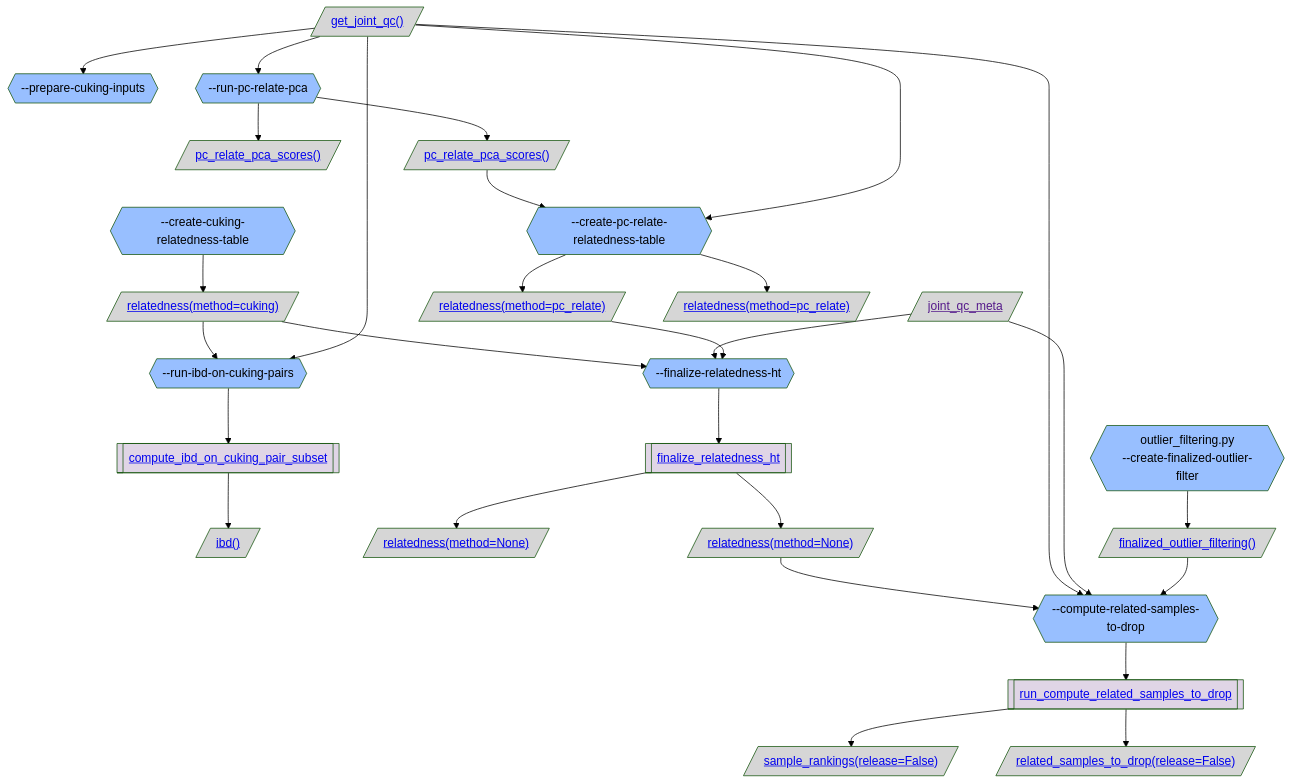
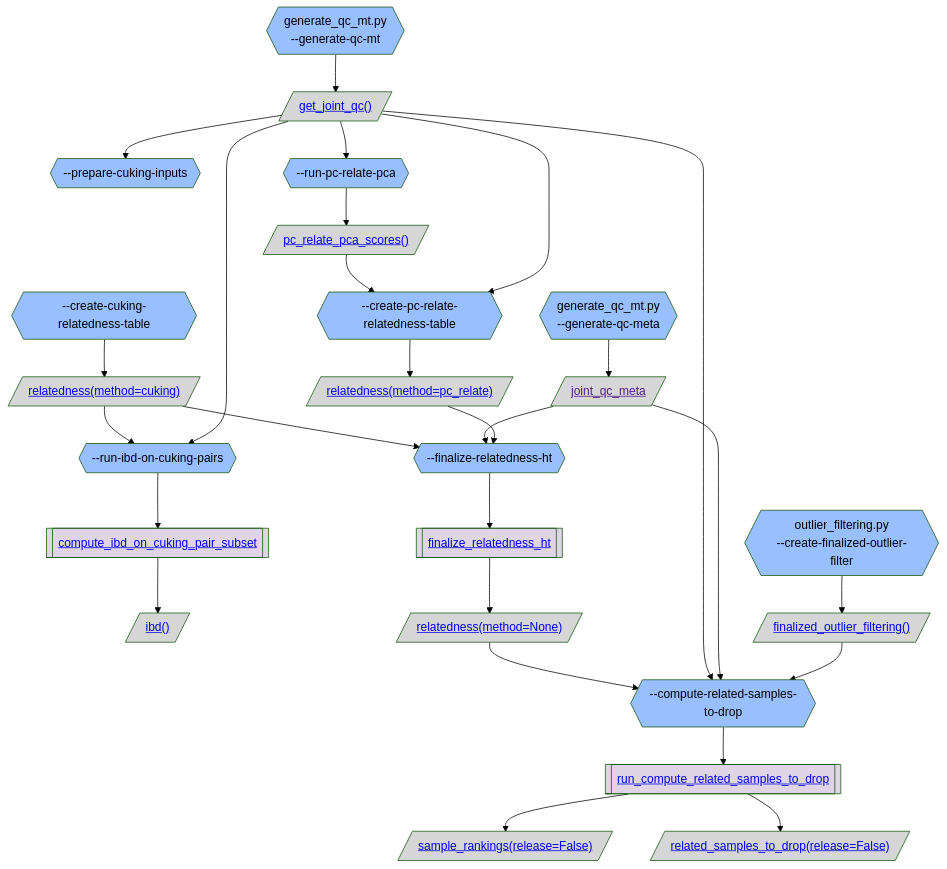
The eighth of 11 diagrams in gnomad_qc/v4/sample_qc/README.md (broadinstitute/gnomad_qc), drawn with Mermaid (forest theme) before and after one commit. The commit also changed other lines of this file and 13 other files, not shown here.

````diff
--- a/gnomad_qc/v4/sample_qc/README.md
+++ b/gnomad_qc/v4/sample_qc/README.md
@@ -158,63 +547,63 @@
 ```mermaid
 flowchart TB;
   classDef script_color fill:#2C5D4A,color:#000000
   classDef step_color fill:#98BFFF,color:#000000
   classDef func_color fill:#E0D5E6,color:#000000
   classDef gnomad_methods_color fill:#F9F2CE,color:#000000
   classDef hail_color fill:#FAEACE,color:#000000
   classDef resource_color fill:#D6D6D6,color:#000000
   classDef validity_check_color fill:#2C5D4A,color:#000000
 
-  resource_get_joint_qc_[/"<a href='https://github.com/broadinstitute/gnomad_qc/tree/main/gnomad_qc/v4/resources/sample_qc.py#L388'>get_joint_qc()</a>"/]:::resource_color;
+  step_generate_qc_mt{{"generate_qc_mt.py
+--generate-qc-mt"}}:::step_color;
+  resource_get_joint_qc[/"<a href='https://github.com/broadinstitute/gnomad_qc/tree/main/gnomad_qc/v4/resources/sample_qc.py#L477'>get_joint_qc()</a>"/]:::resource_color;
   step_prepare_cuking_inputs{{"--prepare-cuking-inputs"}}:::step_color;
   step_create_cuking_relatedness_table{{"--create-cuking-relatedness-table"}}:::step_color;
-  resource_relatedness_method_cuking[/"<a href='https://github.com/broadinstitute/gnomad_qc/tree/main/gnomad_qc/v4/resources/sample_qc.py#L473'>relatedness(method=cuking)</a>"/]:::resource_color;
+  resource_relatedness_method_cuking[/"<a href='https://github.com/broadinstitute/gnomad_qc/tree/main/gnomad_qc/v4/resources/sample_qc.py#L562'>relatedness(method=cuking)</a>"/]:::resource_color;
   step_run_ibd_on_cuking_pairs{{"--run-ibd-on-cuking-pairs"}}:::step_color;
   func_compute_ibd_on_cuking_pair_subset[["<a href='https://github.com/broadinstitute/gnomad_qc/tree/main/gnomad_qc/v4/sample_qc/relatedness.py#L93'>compute_ibd_on_cuking_pair_subset</a>"]]:::func_color;
-  ibd_[/"<a href='https://github.com/broadinstitute/gnomad_qc/tree/main/gnomad_qc/v4/resources/sample_qc.py#L503'>ibd()</a>"/]:::resource_color;
+  resource_ibd[/"<a href='https://github.com/broadinstitute/gnomad_qc/tree/main/gnomad_qc/v4/resources/sample_qc.py#L592'>ibd()</a>"/]:::resource_color;
   step_finalize_relatedness_ht{{"--finalize-relatedness-ht"}}:::step_color;
   func_finalize_relatedness_ht[["<a href='https://github.com/broadinstitute/gnomad_qc/tree/main/gnomad_qc/v4/sample_qc/relatedness.py#L175'>finalize_relatedness_ht</a>"]]:::func_color;
-  relatedness_method_None[/"<a href='https://github.com/broadinstitute/gnomad_qc/tree/main/gnomad_qc/v4/resources/sample_qc.py#L473'>relatedness(method=None)</a>"/]:::resource_color;
+  resource_relatedness_method_None[/"<a href='https://github.com/broadinstitute/gnomad_qc/tree/main/gnomad_qc/v4/resources/sample_qc.py#L562'>relatedness(method=None)</a>"/]:::resource_color;
+  step_generate_qc_meta{{"generate_qc_mt.py
+--generate-qc-meta"}}:::step_color;
   resource_joint_qc_meta[/"<a href=''>joint_qc_meta</a>"/]:::resource_color;
   step_create_pc_relate_relatedness_table{{"--create-pc-relate-relatedness-table"}}:::step_color;
-  resource_relatedness_method_pc_relate[/"<a href='https://github.com/broadinstitute/gnomad_qc/tree/main/gnomad_qc/v4/resources/sample_qc.py#L473'>relatedness(method=pc_relate)</a>"/]:::resource_color;
-  resource_relatedness_method_None[/"<a href='https://github.com/broadinstitute/gnomad_qc/tree/main/gnomad_qc/v4/resources/sample_qc.py#L473'>relatedness(method=None)</a>"/]:::resource_color;
+  resource_relatedness_method_pc_relate[/"<a href='https://github.com/broadinstitute/gnomad_qc/tree/main/gnomad_qc/v4/resources/sample_qc.py#L562'>relatedness(method=pc_relate)</a>"/]:::resource_color;
   step_compute_related_samples_to_drop{{"--compute-related-samples-to-drop"}}:::step_color;
   func_run_compute_related_samples_to_drop[["<a href='https://github.com/broadinstitute/gnomad_qc/tree/main/gnomad_qc/v4/sample_qc/relatedness.py#L315'>run_compute_related_samples_to_drop</a>"]]:::func_color;
-  sample_rankings_release_False[/"<a href='https://github.com/broadinstitute/gnomad_qc/tree/main/gnomad_qc/v4/resources/sample_qc.py#L547'>sample_rankings(release=False)</a>"/]:::resource_color;
-  related_samples_to_drop_release_False[/"<a href='https://github.com/broadinstitute/gnomad_qc/tree/main/gnomad_qc/v4/resources/sample_qc.py#L521'>related_samples_to_drop(release=False)</a>"/]:::resource_color;
+  resource_sample_rankings_release_False[/"<a href='https://github.com/broadinstitute/gnomad_qc/tree/main/gnomad_qc/v4/resources/sample_qc.py#L636'>sample_rankings(release=False)</a>"/]:::resource_color;
+  resource_related_samples_to_drop_release_False[/"<a href='https://github.com/broadinstitute/gnomad_qc/tree/main/gnomad_qc/v4/resources/sample_qc.py#L610'>related_samples_to_drop(release=False)</a>"/]:::resource_color;
   step_create_finalized_outlier_filter{{"outlier_filtering.py
 --create-finalized-outlier-filter"}}:::step_color;
-  resource_finalized_outlier_filtering_[/"<a href='https://github.com/broadinstitute/gnomad_qc/tree/main/gnomad_qc/v4/resources/sample_qc.py#L874'>finalized_outlier_filtering()</a>"/]:::resource_color;
+  resource_finalized_outlier_filtering[/"<a href='https://github.com/broadinstitute/gnomad_qc/tree/main/gnomad_qc/v4/resources/sample_qc.py#L963'>finalized_outlier_filtering()</a>"/]:::resource_color;
   step_run_pc_relate_pca{{"--run-pc-relate-pca"}}:::step_color;
-  pc_relate_pca_scores_[/"<a href='https://github.com/broadinstitute/gnomad_qc/tree/main/gnomad_qc/v4/resources/sample_qc.py#L455'>pc_relate_pca_scores()</a>"/]:::resource_color;
-  resource_pc_relate_pca_scores_[/"<a href='https://github.com/broadinstitute/gnomad_qc/tree/main/gnomad_qc/v4/resources/sample_qc.py#L455'>pc_relate_pca_scores()</a>"/]:::resource_color;
-  relatedness_method_pc_relate[/"<a href='https://github.com/broadinstitute/gnomad_qc/tree/main/gnomad_qc/v4/resources/sample_qc.py#L473'>relatedness(method=pc_relate)</a>"/]:::resource_color;
-  resource_get_joint_qc_ --> step_prepare_cuking_inputs;
+  resource_pc_relate_pca_scores[/"<a href='https://github.com/broadinstitute/gnomad_qc/tree/main/gnomad_qc/v4/resources/sample_qc.py#L544'>pc_relate_pca_scores()</a>"/]:::resource_color;
+  step_generate_qc_mt --> resource_get_joint_qc;
+  resource_get_joint_qc --> step_prepare_cuking_inputs;
   step_create_cuking_relatedness_table --> resource_relatedness_method_cuking;
   resource_relatedness_method_cuking --> step_run_ibd_on_cuking_pairs;
   step_run_ibd_on_cuking_pairs --> func_compute_ibd_on_cuking_pair_subset;
-  func_compute_ibd_on_cuking_pair_subset --> ibd_;
-  resource_get_joint_qc_ --> step_run_ibd_on_cuking_pairs;
+  func_compute_ibd_on_cuking_pair_subset --> resource_ibd;
+  resource_get_joint_qc --> step_run_ibd_on_cuking_pairs;
   resource_relatedness_method_cuking --> step_finalize_relatedness_ht;
   step_finalize_relatedness_ht --> func_finalize_relatedness_ht;
-  func_finalize_relatedness_ht --> relatedness_method_None;
+  func_finalize_relatedness_ht --> resource_relatedness_method_None;
+  step_generate_qc_meta --> resource_joint_qc_meta;
   resource_joint_qc_meta --> step_finalize_relatedness_ht;
   step_create_pc_relate_relatedness_table --> resource_relatedness_method_pc_relate;
   resource_relatedness_method_pc_relate --> step_finalize_relatedness_ht;
-  func_finalize_relatedness_ht --> resource_relatedness_method_None;
   resource_relatedness_method_None --> step_compute_related_samples_to_drop;
   step_compute_related_samples_to_drop --> func_run_compute_related_samples_to_drop;
-  func_run_compute_related_samples_to_drop --> sample_rankings_release_False;
-  func_run_compute_related_samples_to_drop --> related_samples_to_drop_release_False;
-  resource_get_joint_qc_ --> step_compute_related_samples_to_drop;
+  func_run_compute_related_samples_to_drop --> resource_sample_rankings_release_False;
+  func_run_compute_related_samples_to_drop --> resource_related_samples_to_drop_release_False;
+  resource_get_joint_qc --> step_compute_related_samples_to_drop;
   resource_joint_qc_meta --> step_compute_related_samples_to_drop;
-  step_create_finalized_outlier_filter --> resource_finalized_outlier_filtering_;
-  resource_finalized_outlier_filtering_ --> step_compute_related_samples_to_drop;
-  resource_get_joint_qc_ --> step_run_pc_relate_pca;
-  step_run_pc_relate_pca --> pc_relate_pca_scores_;
-  step_run_pc_relate_pca --> resource_pc_relate_pca_scores_;
-  resource_pc_relate_pca_scores_ --> step_create_pc_relate_relatedness_table;
-  step_create_pc_relate_relatedness_table --> relatedness_method_pc_relate;
-  resource_get_joint_qc_ --> step_create_pc_relate_relatedness_table;
+  step_create_finalized_outlier_filter --> resource_finalized_outlier_filtering;
+  resource_finalized_outlier_filtering --> step_compute_related_samples_to_drop;
+  resource_get_joint_qc --> step_run_pc_relate_pca;
+  step_run_pc_relate_pca --> resource_pc_relate_pca_scores;
+  resource_pc_relate_pca_scores --> step_create_pc_relate_relatedness_table;
+  resource_get_joint_qc --> step_create_pc_relate_relatedness_table;
 ```
````
